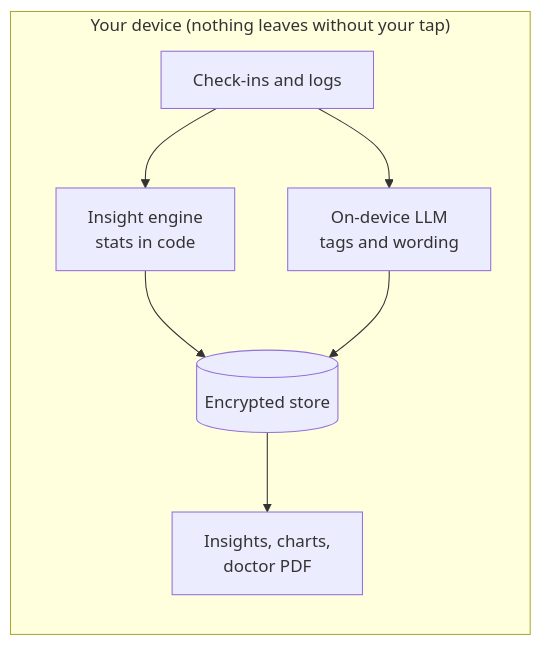
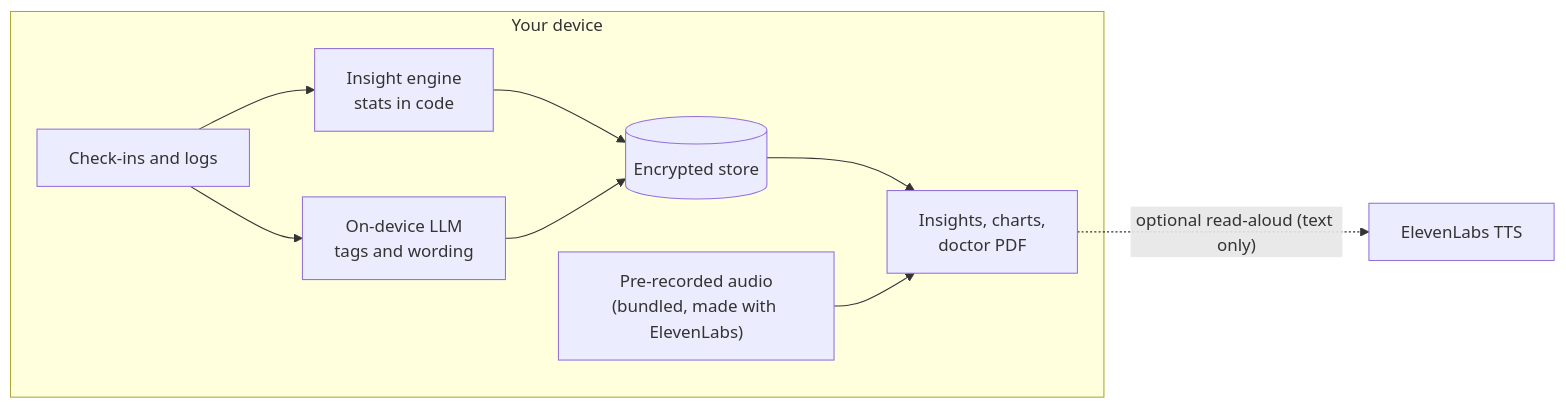
Before and after one commit to SuhasM1014/Ishtar: the diagram in README.md, drawn with Mermaid. The commit also changed other lines of this file and 7 other files, not shown here.

Commit message:
Add ElevenLabs voice features and sync docs with pitch deck

````diff
--- a/README.md
+++ b/README.md
@@ -36,10 +47,12 @@
 ```mermaid
 flowchart LR
-    subgraph Device["Your device (nothing leaves without your tap)"]
-        A[Check-ins and logs] --> B[Insight engine<br/>stats in code]
-        A --> C[On-device LLM<br/>tags and wording]
-        B --> D[(Encrypted store)]
+    subgraph Device["Your device"]
+        A["Check-ins and logs"] --> B["Insight engine<br/>stats in code"]
+        A --> C["On-device LLM<br/>tags and wording"]
+        B --> D[("Encrypted store")]
         C --> D
-        D --> E[Insights, charts,<br/>doctor PDF]
+        D --> E["Insights, charts,<br/>doctor PDF"]
+        V["Pre-recorded audio<br/>(bundled, made with ElevenLabs)"] --> E
     end
+    E -. "optional read-aloud (text only)" .-> T["ElevenLabs TTS"]
 ```
````
